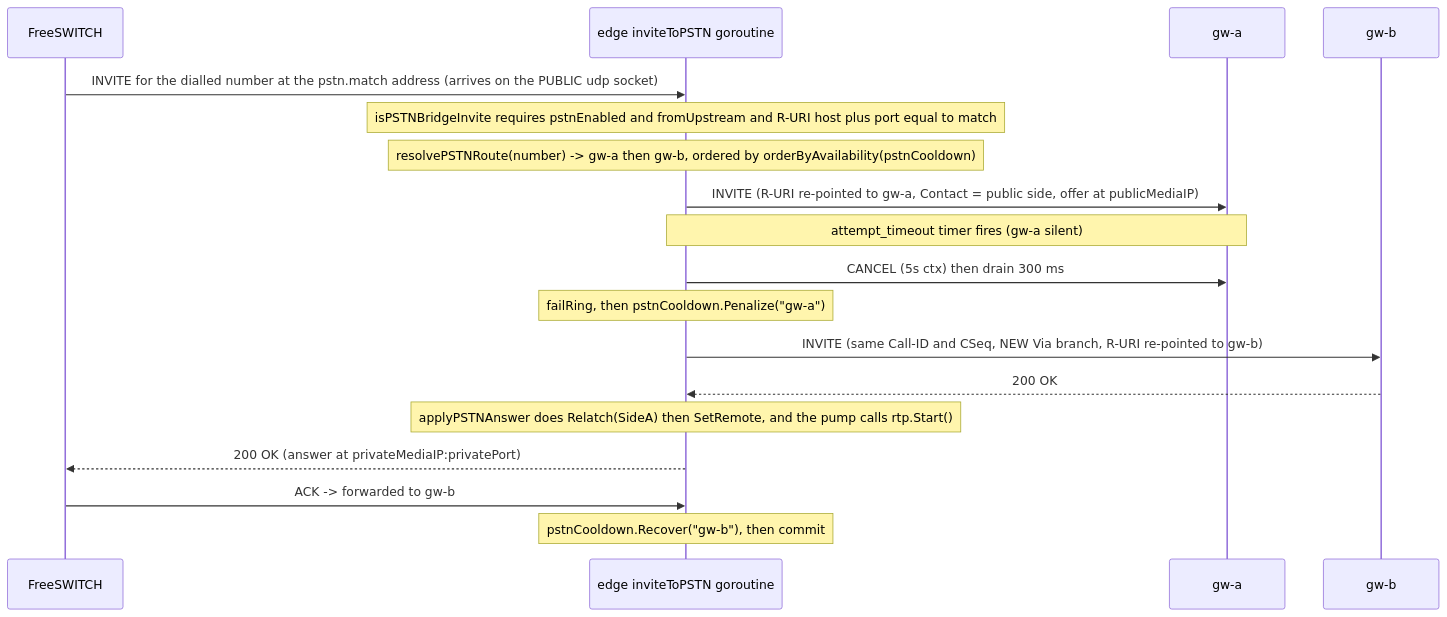
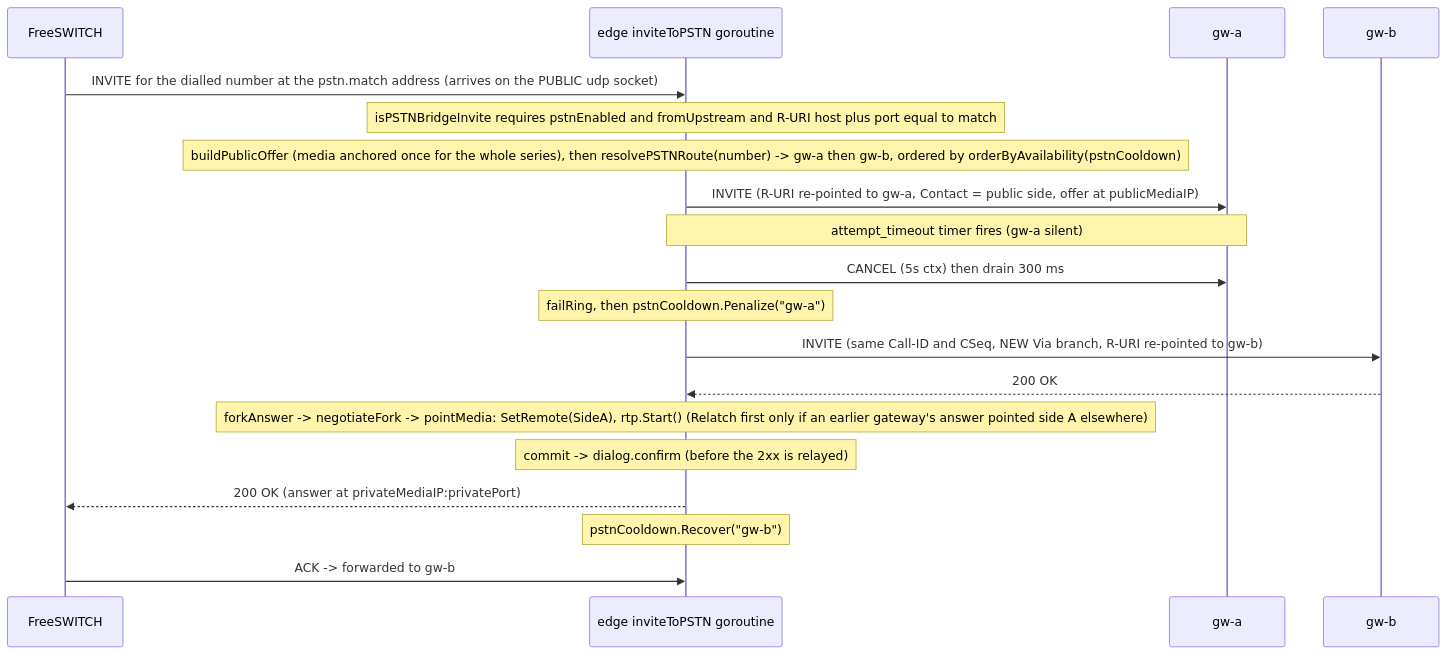
Diagram 16 of 19 in docs/design.md (rasonyang/freesbc), drawn with Mermaid before and after one commit. The commit also changed other lines of this file and 4 other files, not shown here.

````diff
--- a/docs/design.md
+++ b/docs/design.md
@@ -2747,21 +2860,22 @@
 ```mermaid
 sequenceDiagram
     participant FS as FreeSWITCH
     participant H as edge inviteToPSTN goroutine
     participant A as gw-a
     participant B as gw-b
 
     FS->>H: INVITE for the dialled number at the pstn.match address (arrives on the PUBLIC udp socket)
     Note over H: isPSTNBridgeInvite requires pstnEnabled and fromUpstream and R-URI host plus port equal to match
-    Note over H: resolvePSTNRoute(number) -> gw-a then gw-b, ordered by orderByAvailability(pstnCooldown)
+    Note over H: buildPublicOffer (media anchored once for the whole series), then resolvePSTNRoute(number) -> gw-a then gw-b, ordered by orderByAvailability(pstnCooldown)
     H->>A: INVITE (R-URI re-pointed to gw-a, Contact = public side, offer at publicMediaIP)
     Note over H,A: attempt_timeout timer fires (gw-a silent)
     H->>A: CANCEL (5s ctx) then drain 300 ms
     Note over H: failRing, then pstnCooldown.Penalize("gw-a")
     H->>B: INVITE (same Call-ID and CSeq, NEW Via branch, R-URI re-pointed to gw-b)
     B-->>H: 200 OK
-    Note over H: applyPSTNAnswer does Relatch(SideA) then SetRemote, and the pump calls rtp.Start()
+    Note over H: forkAnswer -> negotiateFork -> pointMedia: SetRemote(SideA), rtp.Start() (Relatch first only if an earlier gateway's answer pointed side A elsewhere)
+    Note over H: commit -> dialog.confirm (before the 2xx is relayed)
     H-->>FS: 200 OK (answer at privateMediaIP:privatePort)
+    Note over H: pstnCooldown.Recover("gw-b")
     FS->>H: ACK -> forwarded to gw-b
-    Note over H: pstnCooldown.Recover("gw-b"), then commit
 ```
````
